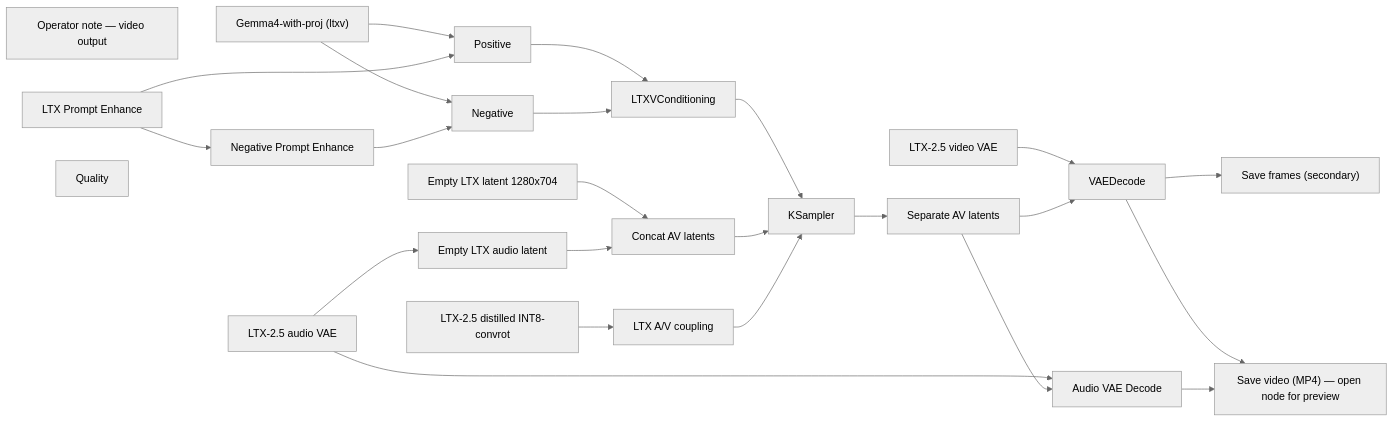
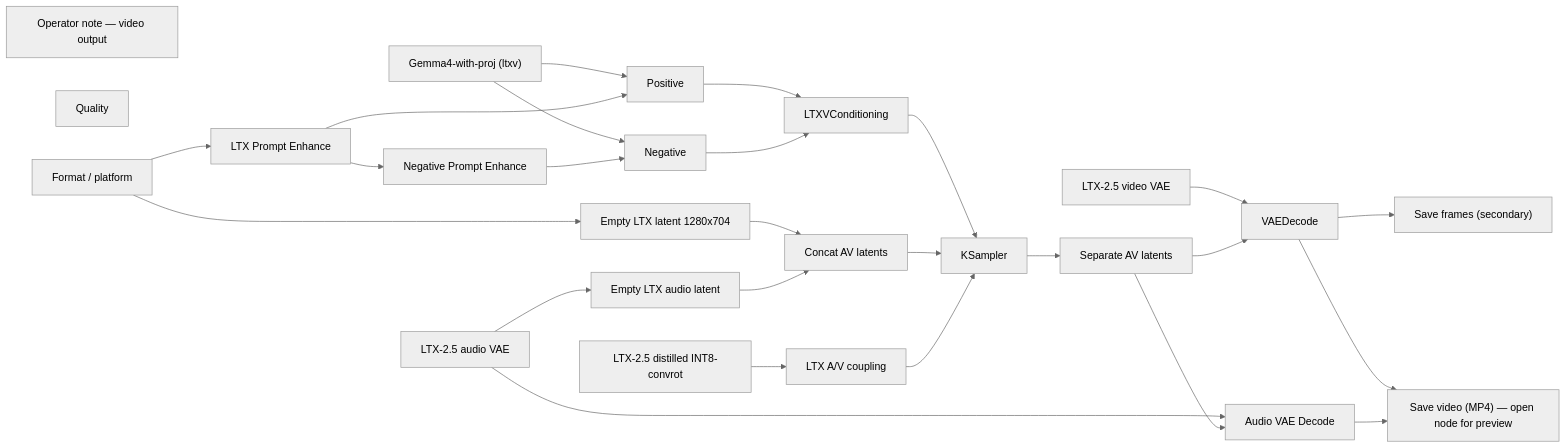
Before and after one commit to toxicoder/ez-comfy-stack: the diagram in docs/generated/workflows/ltx/dialogue-5s.md, drawn with Mermaid (neutral theme). The commit also changed other lines of this file and 312 other files, not shown here.

First line of the commit message:
feat: Format / platform on Klein, Wan, and LTX Apps

````diff
--- a/docs/generated/workflows/ltx/dialogue-5s.md
+++ b/docs/generated/workflows/ltx/dialogue-5s.md
@@ -55,46 +57,49 @@
 ```mermaid
 flowchart LR
   N1["LTX-2.5 distilled INT8-convrot"]
   N2["LTX-2.5 video VAE"]
   N3["Gemma4-with-proj (ltxv)"]
   N4["Positive"]
   N5["Negative"]
   N6["Empty LTX latent 1280x704"]
   N7["LTXVConditioning"]
   N8["KSampler"]
   N9["VAEDecode"]
   N10["Save frames (secondary)"]
   N11["LTX-2.5 audio VAE"]
   N12["Empty LTX audio latent"]
   N13["Concat AV latents"]
   N14["Separate AV latents"]
   N15["Operator note — video output"]
   N16["Save video (MP4) — open node for preview"]
   N17["LTX Prompt Enhance"]
   N18["Audio VAE Decode"]
   N19["Negative Prompt Enhance"]
   N20["LTX A/V coupling"]
   N21["Quality"]
+  N22["Format / platform"]
   N1 --> N20
   N2 --> N9
   N3 --> N4
   N3 --> N5
   N4 --> N7
   N5 --> N7
   N6 --> N13
   N7 --> N8
   N8 --> N14
   N9 --> N10
   N9 --> N16
   N11 --> N12
   N11 --> N18
   N12 --> N13
   N13 --> N8
   N14 --> N9
   N14 --> N18
   N17 --> N4
   N17 --> N19
   N18 --> N16
   N19 --> N5
   N20 --> N8
+  N22 --> N6
+  N22 --> N17
 ```
````
